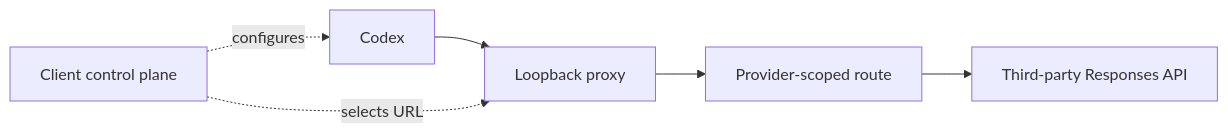
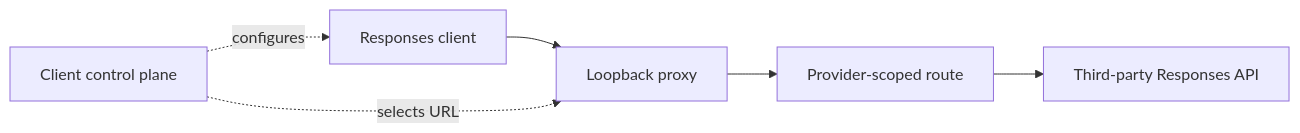
One commit to HengYangDS/codex-responses-proxy changed the first of 5 diagrams in docs/architecture/authority-and-runtime-boundary.md. Above: the diagram before and after it, drawn with Mermaid. The commit also changed other lines of this file and 276 other files, not shown here.

````diff
--- a/docs/architecture/authority-and-runtime-boundary.md
+++ b/docs/architecture/authority-and-runtime-boundary.md
@@ -31,8 +31,8 @@
 ```mermaid
 flowchart LR
-    C["Codex"] --> P["Loopback proxy"]
+    C["Responses client"] --> P["Loopback proxy"]
     P --> R["Provider-scoped route"]
     R --> U["Third-party Responses API"]
     S["Client control plane"] -. configures .-> C
     S -. selects URL .-> P
 ```
````
